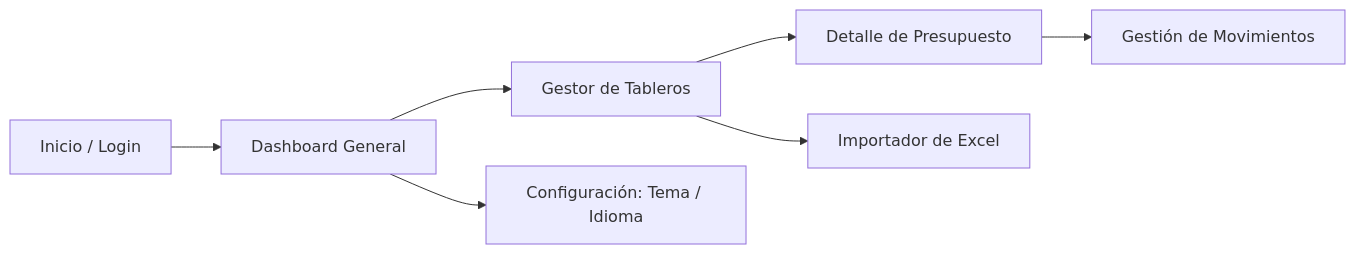
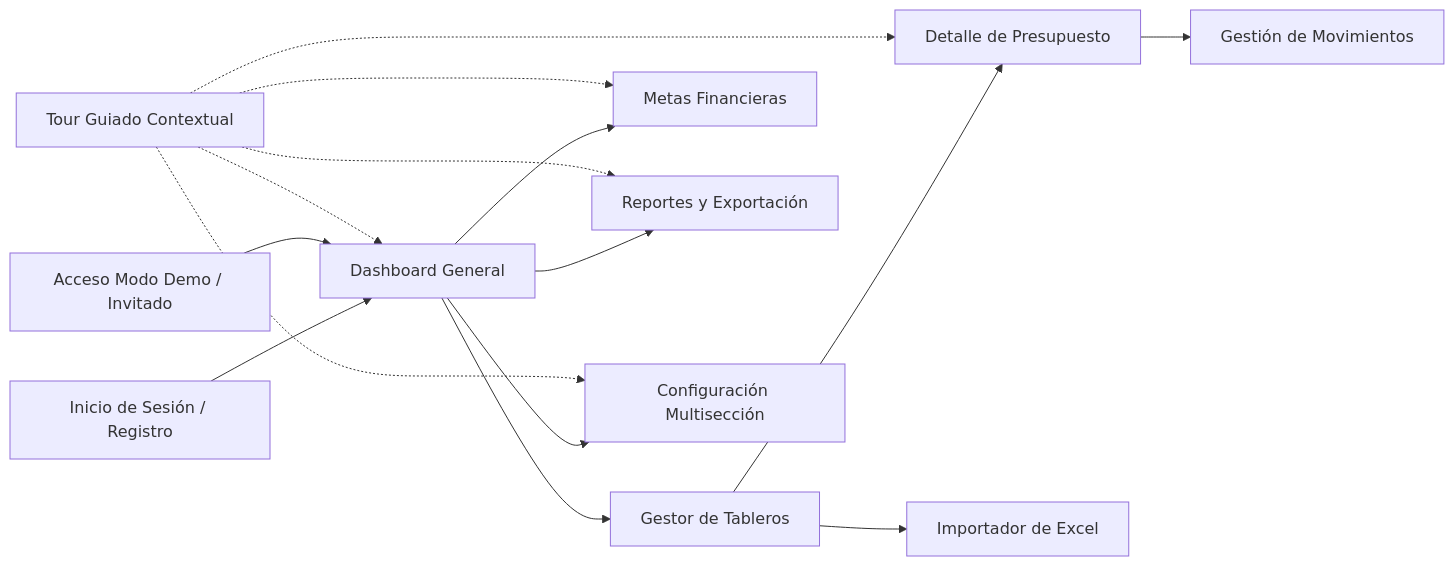
One commit to MaximilianoRdz/GTOPagos changed the diagram in docs/PRODUCT.md. Above: the diagram before and after it, drawn with Mermaid. The commit also changed other lines of this file and 21 other files, not shown here.

````diff
--- a/docs/PRODUCT.md
+++ b/docs/PRODUCT.md
@@ -32,9 +32,17 @@
 ```mermaid
 flowchart LR
-    A[Inicio / Login] --> B[Dashboard General]
+    A[Inicio de Sesión / Registro] --> B[Dashboard General]
+    Demo[Acceso Modo Demo / Invitado] --> B
     B --> C[Gestor de Tableros]
     C --> D[Detalle de Presupuesto]
     D --> E[Gestión de Movimientos]
     C --> F[Importador de Excel]
-    B --> G[Configuración: Tema / Idioma]
+    B --> G[Metas Financieras]
+    B --> H[Reportes y Exportación]
+    B --> I[Configuración Multisección]
+    Tour[Tour Guiado Contextual] -.-> B
+    Tour -.-> D
+    Tour -.-> G
+    Tour -.-> H
+    Tour -.-> I
 ```
````
